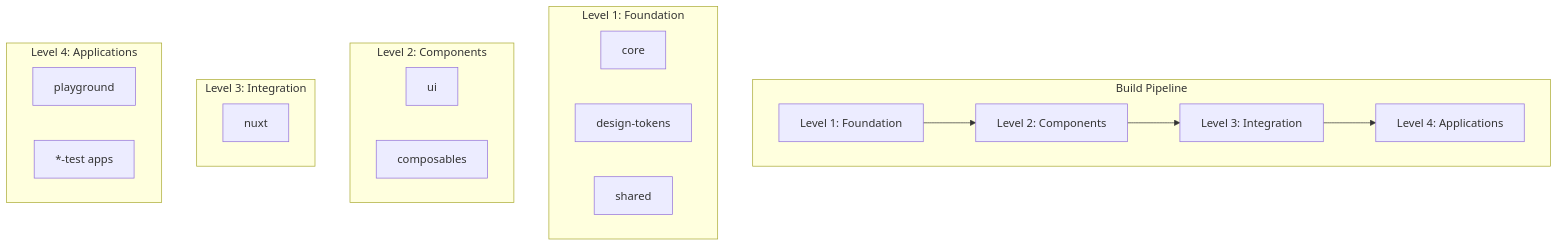
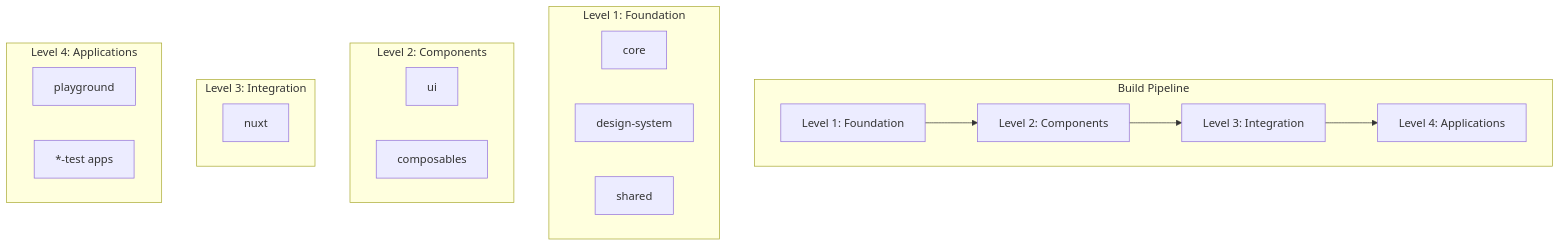
The third of 4 diagrams in docs/ARCHITECTURE.md (KlangHaus/grundtone), drawn with Mermaid before and after one commit. The commit also changed other lines of this file and 46 other files, not shown here.

Commit message:
docs: rename design-tokens to design-system across all docs and changelogs

````diff
--- a/docs/ARCHITECTURE.md
+++ b/docs/ARCHITECTURE.md
@@ -327,33 +327,33 @@
 ```mermaid
 graph TB
     subgraph "Build Pipeline"
         A[Level 1: Foundation]
         B[Level 2: Components]
         C[Level 3: Integration]
         D[Level 4: Applications]
 
         A --> B
         B --> C
         C --> D
     end
 
     subgraph "Level 1: Foundation"
         A1[core]
-        A2[design-tokens]
+        A2[design-system]
         A3[shared]
     end
 
     subgraph "Level 2: Components"
         B1[ui]
         B2[composables]
     end
 
     subgraph "Level 3: Integration"
         C1[nuxt]
     end
 
     subgraph "Level 4: Applications"
         D1[playground]
         D2[*-test apps]
     end
 ```
````
